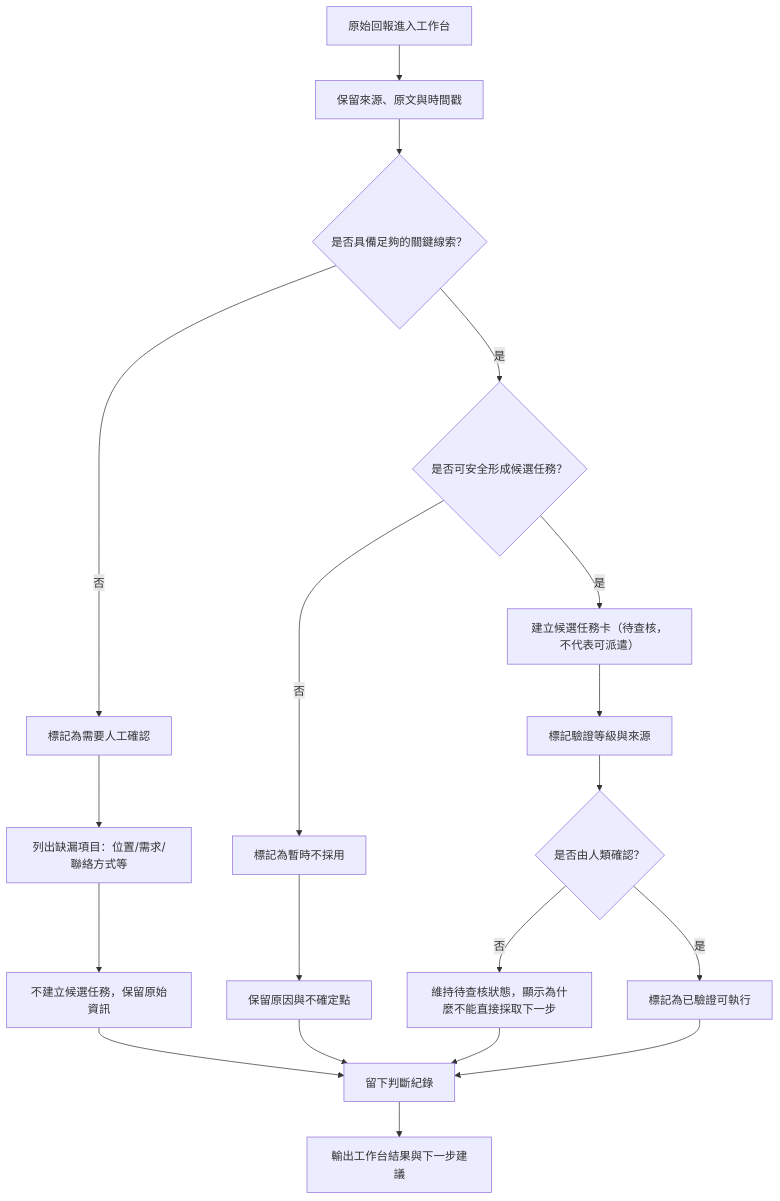
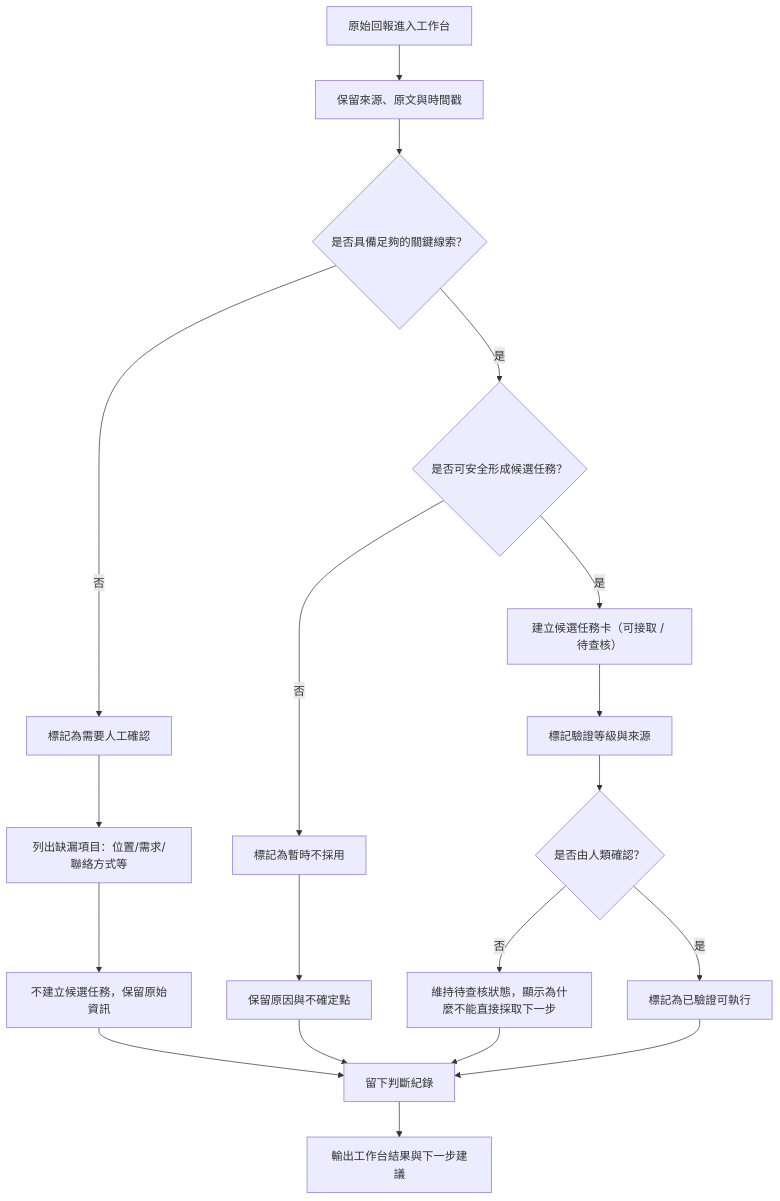
Before and after one commit to SITCON-Camp-2026/t6-m2-se-disaster: the diagram in release-packs/02-flow-design-kit/docs/flow.md, drawn with Mermaid. The commit also changed 7 other files, not shown here.

Commit message:
feat: add Phase 0 Task Intake component for managing task selection; enhance FlowDecisionCard with stage labels and reminders; update actor feedback documentation with user insights

````diff
--- a/release-packs/02-flow-design-kit/docs/flow.md
+++ b/release-packs/02-flow-design-kit/docs/flow.md
@@ -22,21 +22,21 @@
 ```mermaid
 flowchart TD
   A[原始回報進入工作台] --> B[保留來源、原文與時間戳]
   B --> C{是否具備足夠的關鍵線索？}
   C -->|否| D[標記為需要人工確認]
   D --> E[列出缺漏項目：位置/需求/聯絡方式等]
   E --> F[不建立候選任務，保留原始資訊]
   C -->|是| G{是否可安全形成候選任務？}
   G -->|否| H[標記為暫時不採用]
   H --> I[保留原因與不確定點]
-  G -->|是| J[建立候選任務卡（待查核，不代表可派遣）]
+  G -->|是| J[建立候選任務卡（可接取 / 待查核）]
   J --> K[標記驗證等級與來源]
   F --> L[留下判斷紀錄]
   I --> L
   K --> M{是否由人類確認？}
   M -->|否| N[維持待查核狀態，顯示為什麼不能直接採取下一步]
   M -->|是| O[標記為已驗證可執行]
   N --> L
   O --> L
   L --> P[輸出工作台結果與下一步建議]
 ```
````
